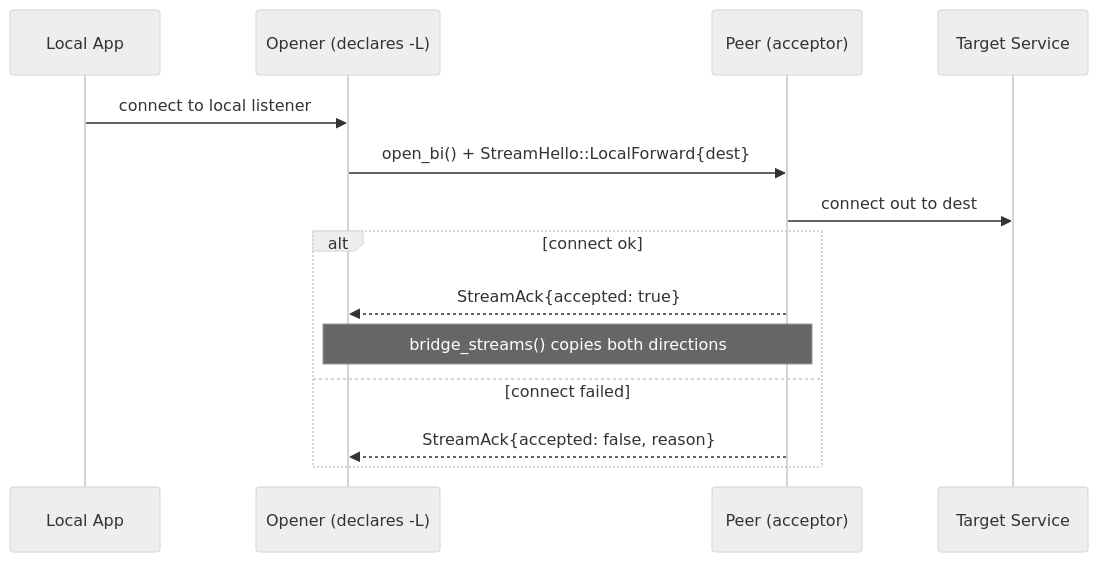
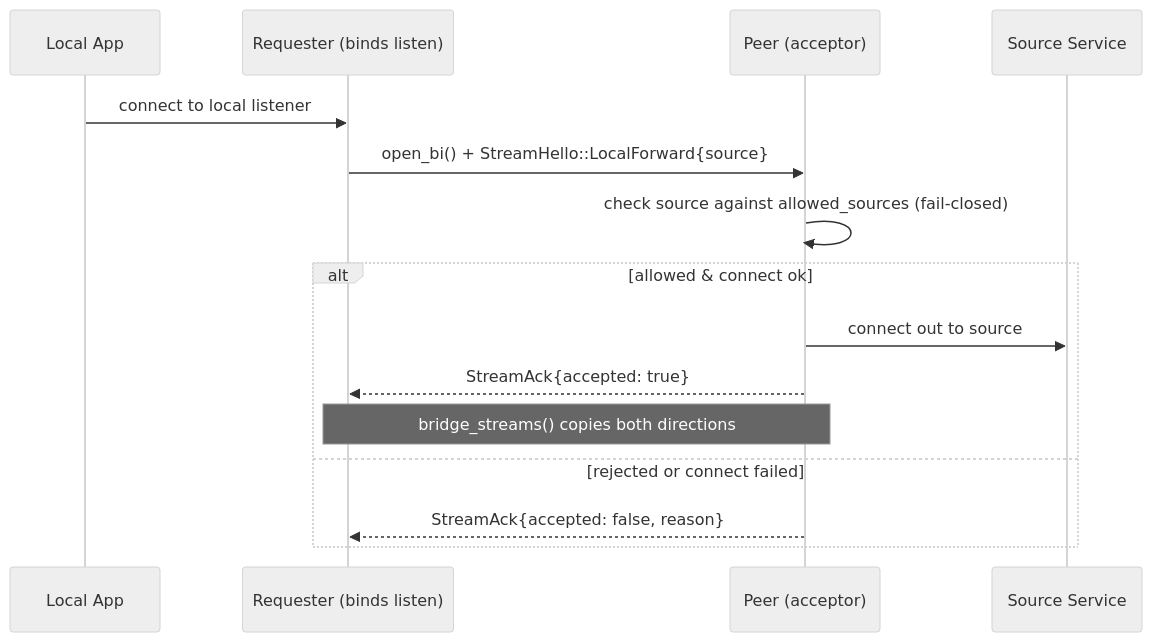
The eighth of 24 diagrams in docs/ARCHITECTURE.md (andrewtheguy/duopipe), drawn with Mermaid (neutral theme) before and after one commit. The commit also changed other lines of this file and 13 other files, not shown here.

````diff
--- a/docs/ARCHITECTURE.md
+++ b/docs/ARCHITECTURE.md
@@ -290,17 +283,18 @@
 ```mermaid
 sequenceDiagram
     participant App as Local App
-    participant O as Opener (declares -L)
+    participant O as Requester (binds listen)
     participant P as Peer (acceptor)
-    participant T as Target Service
+    participant T as Source Service
 
     App->>O: connect to local listener
-    O->>P: open_bi() + StreamHello::LocalForward{dest}
-    P->>T: connect out to dest
-    alt connect ok
+    O->>P: open_bi() + StreamHello::LocalForward{source}
+    P->>P: check source against allowed_sources (fail-closed)
+    alt allowed & connect ok
+        P->>T: connect out to source
         P-->>O: StreamAck{accepted: true}
         Note over O,P: bridge_streams() copies both directions
-    else connect failed
+    else rejected or connect failed
         P-->>O: StreamAck{accepted: false, reason}
     end
 ```
````
